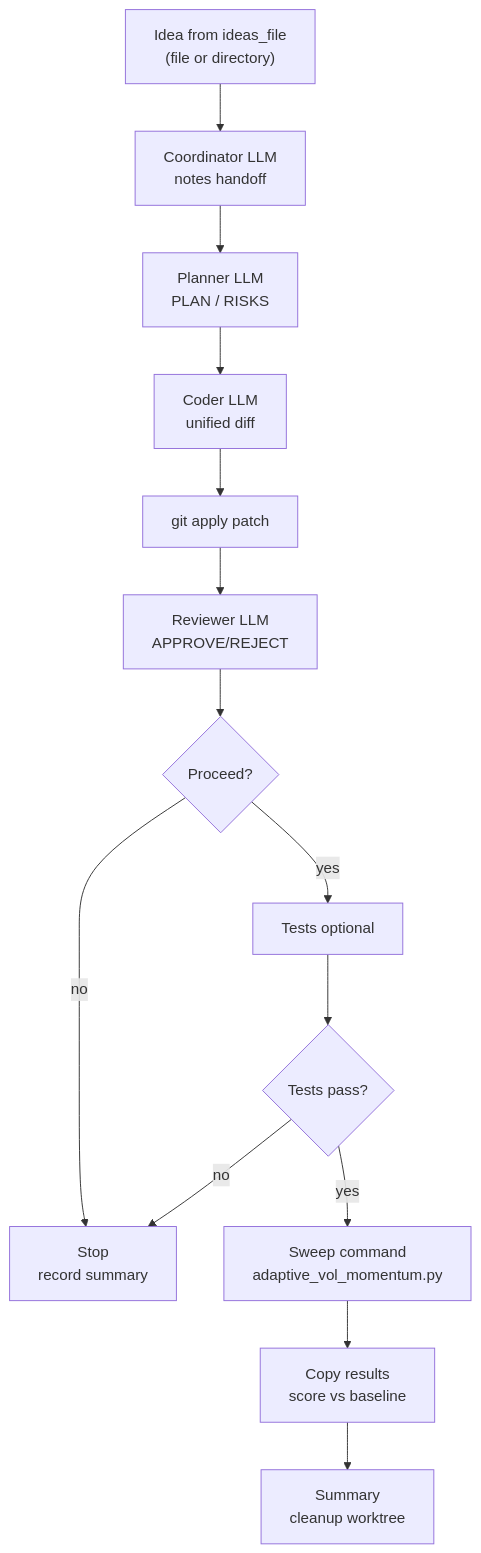
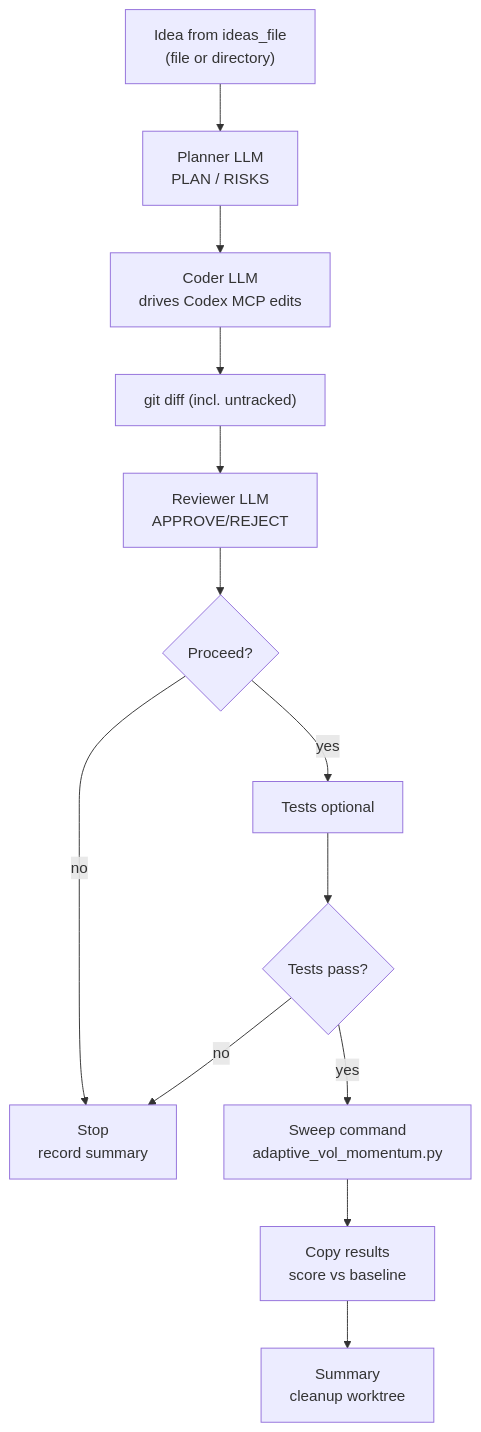
One commit to kayvonavishan/algo-meta-model-agent changed the diagram in agentic_experimentation/AGENTS_README.md. Above: the diagram before and after it, drawn with Mermaid. The commit also changed other lines of this file and 7 other files, not shown here.

````diff
--- a/agentic_experimentation/AGENTS_README.md
+++ b/agentic_experimentation/AGENTS_README.md
@@ -7,16 +7,15 @@
 ```mermaid
 graph TD
-    A["Idea from ideas_file<br/>(file or directory)"] --> B["Coordinator LLM<br/>notes handoff"]
-    B --> C["Planner LLM<br/>PLAN / RISKS"]
-    C --> D["Coder LLM<br/>unified diff"]
-    D --> E["git apply patch"]
+    A["Idea from ideas_file<br/>(file or directory)"] --> C["Planner LLM<br/>PLAN / RISKS"]
+    C --> D["Coder LLM<br/>drives Codex MCP edits"]
+    D --> E["git diff (incl. untracked)"]
     E --> F["Reviewer LLM<br/>APPROVE/REJECT"]
     F --> G{Proceed?}
     G -- no --> H["Stop<br/>record summary"]
     G -- yes --> I["Tests optional"]
     I --> J{Tests pass?}
     J -- no --> H
     J -- yes --> K["Sweep command<br/>adaptive_vol_momentum.py"]
     K --> L["Copy results<br/>score vs baseline"]
     L --> M["Summary<br/>cleanup worktree"]
 ```
````
